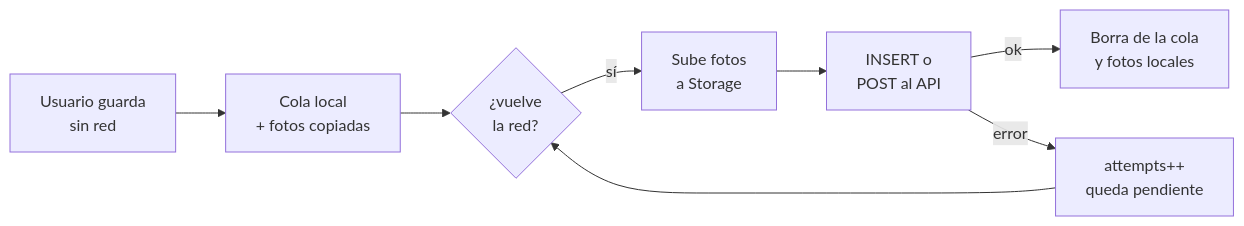
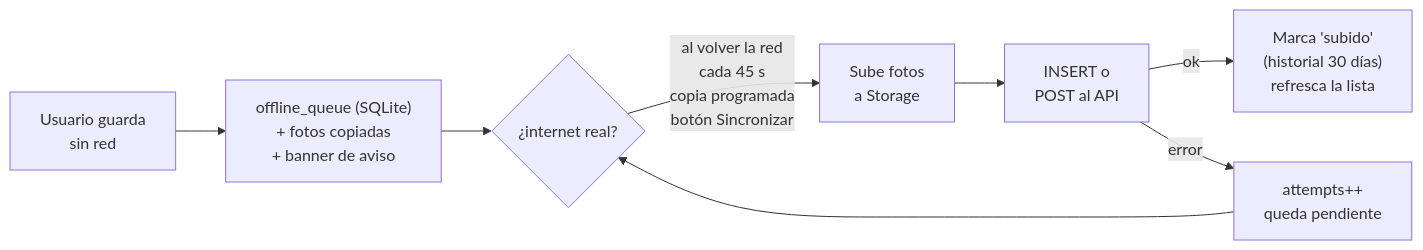
The fifth of 7 diagrams in README.md (emmanueljarquin-sys/mecsa_ops_mobile), drawn with Mermaid before and after one commit. The commit also changed other lines of this file and 23 other files, not shown here.

````diff
--- a/README.md
+++ b/README.md
@@ -231,10 +276,10 @@
 ```mermaid
 flowchart LR
-    A["Usuario guarda<br/>sin red"] --> B["Cola local<br/>+ fotos copiadas"]
-    B --> C{"¿vuelve<br/>la red?"}
-    C -->|sí| D["Sube fotos<br/>a Storage"]
+    A["Usuario guarda<br/>sin red"] --> B["offline_queue (SQLite)<br/>+ fotos copiadas<br/>+ banner de aviso"]
+    B --> C{"¿internet real?"}
+    C -->|"al volver la red<br/>cada 45 s<br/>copia programada<br/>botón Sincronizar"| D["Sube fotos<br/>a Storage"]
     D --> E["INSERT o<br/>POST al API"]
-    E -->|ok| F["Borra de la cola<br/>y fotos locales"]
+    E -->|ok| F["Marca 'subido'<br/>(historial 30 días)<br/>refresca la lista"]
     E -->|error| G["attempts++<br/>queda pendiente"]
     G --> C
 ```
````
